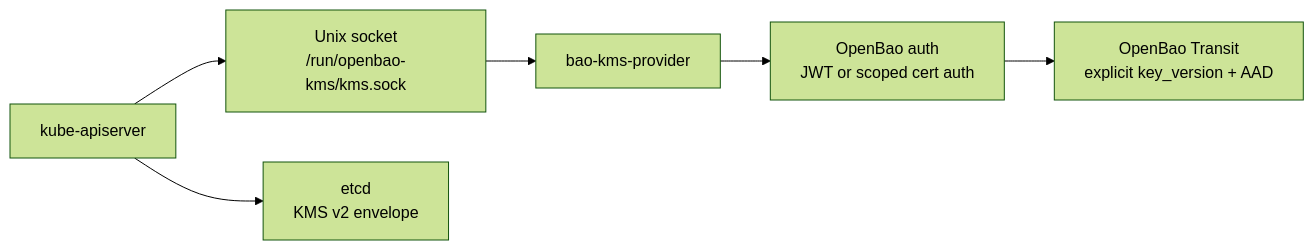
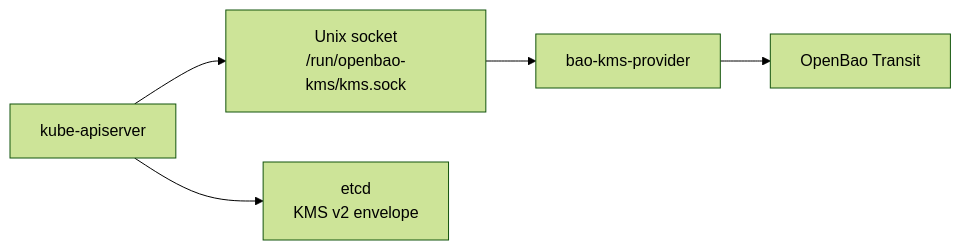
One commit to dc-tec/openbao-kubernetes-kms changed the diagram in README.md. Above: the diagram before and after it, drawn with Mermaid (forest theme). The commit also changed other lines of this file and 68 other files, not shown here.

````diff
--- a/README.md
+++ b/README.md
@@ -41,13 +21,12 @@
 ```mermaid
 flowchart LR
     API["kube-apiserver"]
     Socket["Unix socket<br/>/run/openbao-kms/kms.sock"]
     Provider["bao-kms-provider"]
-    Auth["OpenBao auth<br/>JWT or scoped cert auth"]
-    Transit["OpenBao Transit<br/>explicit key_version + AAD"]
+    Transit["OpenBao Transit"]
     Etcd["etcd<br/>KMS v2 envelope"]
 
     API --> Socket --> Provider
-    Provider --> Auth --> Transit
+    Provider --> Transit
     API --> Etcd
 ```
````
